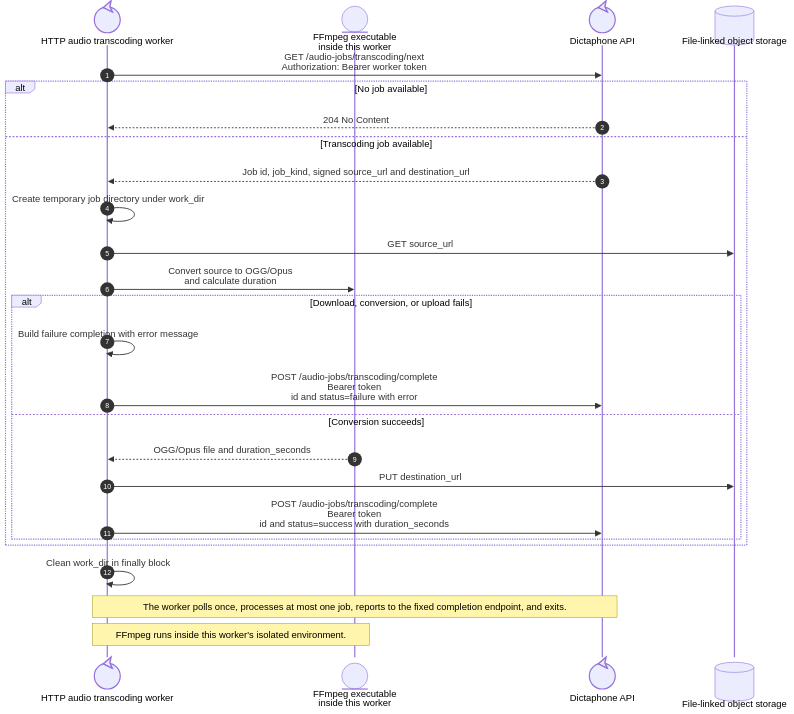
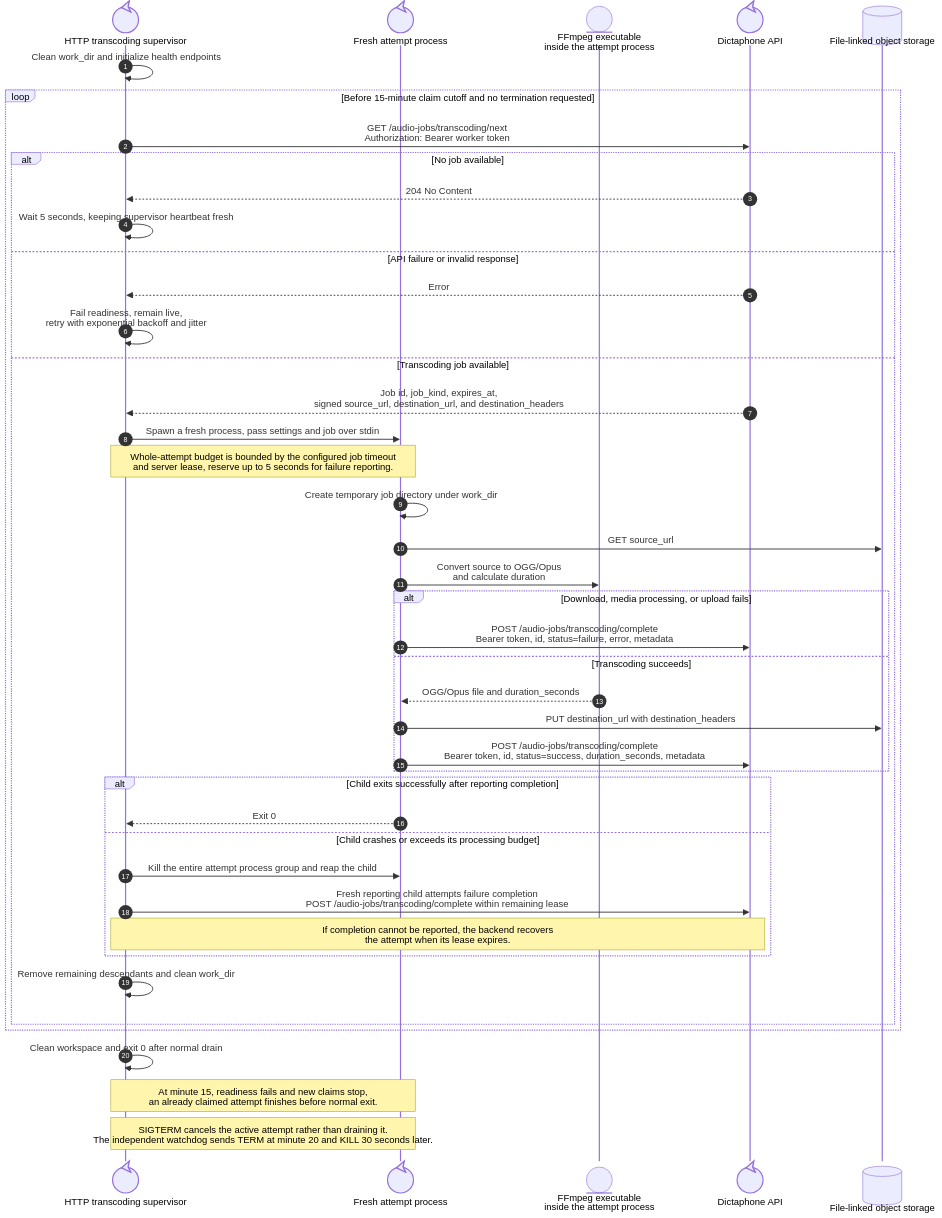
Before and after one commit to suitenumerique/dictaphone: the diagram in docs/diagrams/audio-reencoding-worker-sequence.mmd, drawn with Mermaid. The commit also changed 26 other files, not shown here.

```diff
--- a/docs/diagrams/audio-reencoding-worker-sequence.mmd
+++ b/docs/diagrams/audio-reencoding-worker-sequence.mmd
@@ -1,29 +1,45 @@
 sequenceDiagram
     autonumber
-    participant Worker@{ "type": "control" } as HTTP audio transcoding worker
-    participant FFmpeg@{ "type": "entity" } as FFmpeg executable<br/>inside this worker
+    participant Worker@{ "type": "control" } as HTTP transcoding supervisor
+    participant Child@{ "type": "control" } as Fresh attempt process
+    participant FFmpeg@{ "type": "entity" } as FFmpeg executable<br/>inside the attempt process
     participant API@{ "type": "control" } as Dictaphone API
     participant FileStore@{ "type": "database" } as File-linked object storage
 
-    Worker->>API: GET /audio-jobs/transcoding/next<br/>Authorization: Bearer worker token
-    alt No job available
-        API-->>Worker: 204 No Content
-    else Transcoding job available
-        API-->>Worker: Job id, job_kind, signed source_url and destination_url
-        Worker->>Worker: Create temporary job directory under work_dir
-        Worker->>FileStore: GET source_url
-        Worker->>FFmpeg: Convert source to OGG/Opus<br/>and calculate duration
-
-        alt Download, conversion, or upload fails
-            Worker->>Worker: Build failure completion with error message
-            Worker->>API: POST /audio-jobs/transcoding/complete<br/>Bearer token<br/>id and status=failure with error
-        else Conversion succeeds
-            FFmpeg-->>Worker: OGG/Opus file and duration_seconds
-            Worker->>FileStore: PUT destination_url
-            Worker->>API: POST /audio-jobs/transcoding/complete<br/>Bearer token<br/>id and status=success with duration_seconds
+    Worker->>Worker: Clean work_dir and initialize health endpoints
+    loop Before 15-minute claim cutoff and no termination requested
+        Worker->>API: GET /audio-jobs/transcoding/next<br/>Authorization: Bearer worker token
+        alt No job available
+            API-->>Worker: 204 No Content
+            Worker->>Worker: Wait 5 seconds, keeping supervisor heartbeat fresh
+        else API failure or invalid response
+            API-->>Worker: Error
+            Worker->>Worker: Fail readiness, remain live,<br/>retry with exponential backoff and jitter
+        else Transcoding job available
+            API-->>Worker: Job id, job_kind, expires_at,<br/>signed source_url, destination_url, and destination_headers
+            Worker->>Child: Spawn a fresh process, pass settings and job over stdin
+            Note over Worker,Child: Whole-attempt budget is bounded by the configured job timeout<br/>and server lease, reserve up to 5 seconds for failure reporting.
+            Child->>Child: Create temporary job directory under work_dir
+            Child->>FileStore: GET source_url
+            Child->>FFmpeg: Convert source to OGG/Opus<br/>and calculate duration
+            alt Download, media processing, or upload fails
+                Child->>API: POST /audio-jobs/transcoding/complete<br/>Bearer token, id, status=failure, error, metadata
+            else Transcoding succeeds
+                FFmpeg-->>Child: OGG/Opus file and duration_seconds
+                Child->>FileStore: PUT destination_url with destination_headers
+                Child->>API: POST /audio-jobs/transcoding/complete<br/>Bearer token, id, status=success, duration_seconds, metadata
+            end
+            alt Child exits successfully after reporting completion
+                Child-->>Worker: Exit 0
+            else Child crashes or exceeds its processing budget
+                Worker->>Child: Kill the entire attempt process group and reap the child
+                Worker->>API: Fresh reporting child attempts failure completion<br/>POST /audio-jobs/transcoding/complete within remaining lease
+                Note over Worker,API: If completion cannot be reported, the backend recovers<br/>the attempt when its lease expires.
+            end
+            Worker->>Worker: Remove remaining descendants and clean work_dir
         end
     end
-    Worker->>Worker: Clean work_dir in finally block
+    Worker->>Worker: Clean workspace and exit 0 after normal drain
 
-    Note over Worker,API: The worker polls once, processes at most one job, reports to the fixed completion endpoint, and exits.
-    Note over Worker,FFmpeg: FFmpeg runs inside this worker's isolated environment.
+    Note over Worker,Child: At minute 15, readiness fails and new claims stop,<br/>an already claimed attempt finishes before normal exit.
+    Note over Worker,Child: SIGTERM cancels the active attempt rather than draining it.<br/>The independent watchdog sends TERM at minute 20 and KILL 30 seconds later.
```
